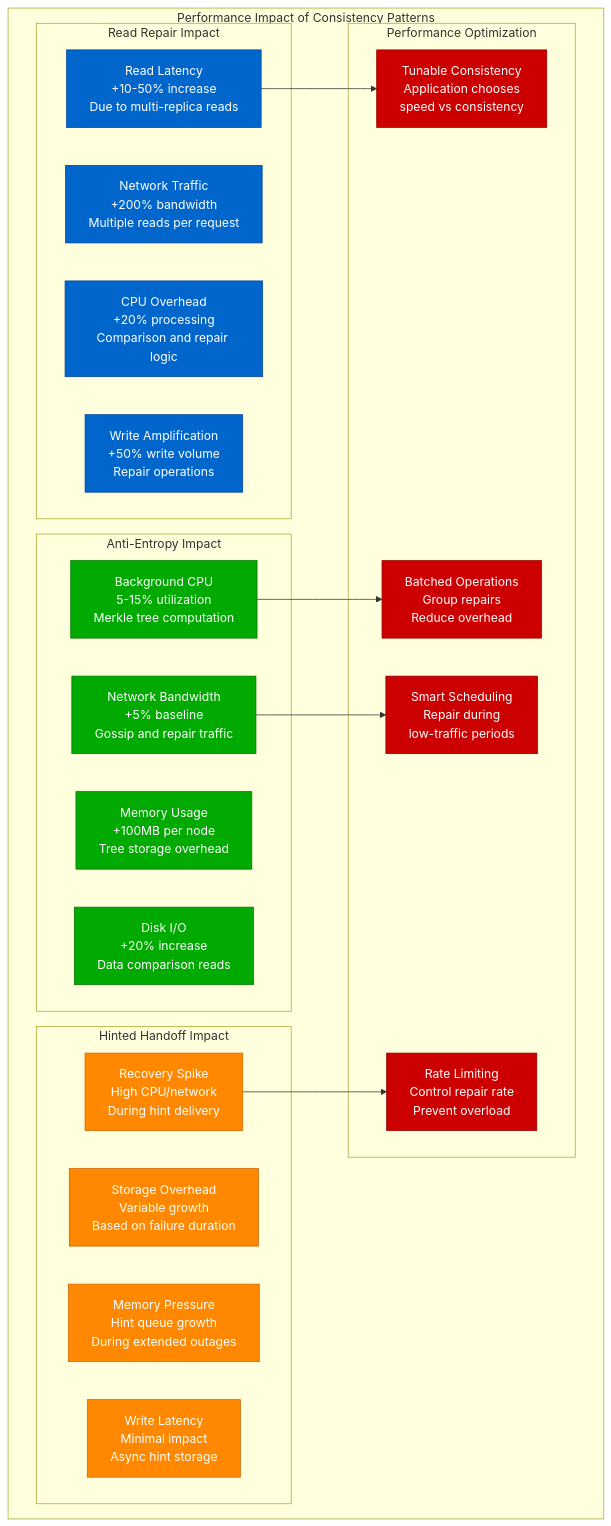
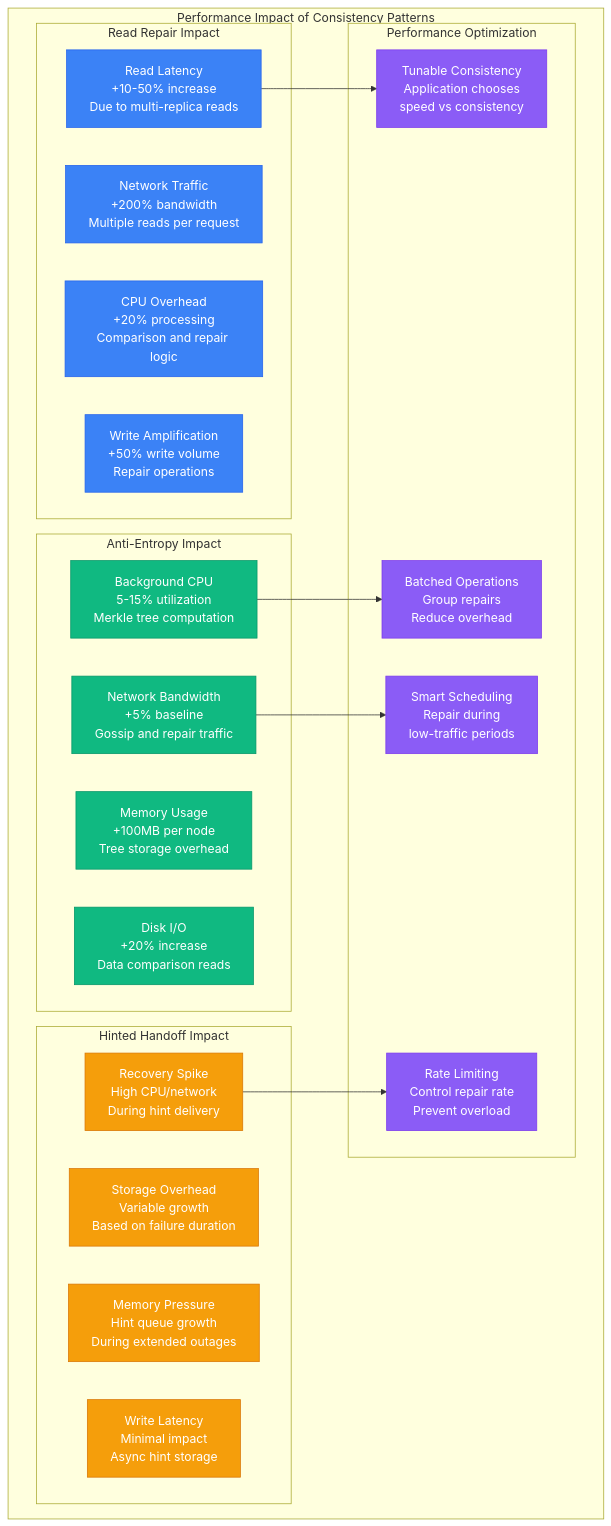
Before and after one commit to deepaucksharma/DS: the eighth of 9 diagrams in site/docs/guarantees/eventual-consistency/eventual-consistency-patterns.md, drawn with Mermaid. The commit also changed other lines of this file and 303 other files, not shown here.

````diff
--- a/site/docs/guarantees/eventual-consistency/eventual-consistency-patterns.md
+++ b/site/docs/guarantees/eventual-consistency/eventual-consistency-patterns.md
@@ -376,47 +376,47 @@
 ```mermaid
 graph TB
     subgraph PerformanceImpact[Performance Impact of Consistency Patterns]
         subgraph ReadRepairImpact[Read Repair Impact]
             RRI1[Read Latency<br/>+10-50% increase<br/>Due to multi-replica reads]
             RRI2[Network Traffic<br/>+200% bandwidth<br/>Multiple reads per request]
             RRI3[CPU Overhead<br/>+20% processing<br/>Comparison and repair logic]
             RRI4[Write Amplification<br/>+50% write volume<br/>Repair operations]
         end
 
         subgraph AntiEntropyImpact[Anti-Entropy Impact]
             AEI1[Background CPU<br/>5-15% utilization<br/>Merkle tree computation]
             AEI2[Memory Usage<br/>+100MB per node<br/>Tree storage overhead]
             AEI3[Disk I/O<br/>+20% increase<br/>Data comparison reads]
             AEI4[Network Bandwidth<br/>+5% baseline<br/>Gossip and repair traffic]
         end
 
         subgraph HintedHandoffImpact[Hinted Handoff Impact]
             HHI1[Storage Overhead<br/>Variable growth<br/>Based on failure duration]
             HHI2[Recovery Spike<br/>High CPU/network<br/>During hint delivery]
             HHI3[Memory Pressure<br/>Hint queue growth<br/>During extended outages]
             HHI4[Write Latency<br/>Minimal impact<br/>Async hint storage]
         end
 
         subgraph Optimization[Performance Optimization]
             O1[Tunable Consistency<br/>Application chooses<br/>speed vs consistency]
             O2[Batched Operations<br/>Group repairs<br/>Reduce overhead]
             O3[Rate Limiting<br/>Control repair rate<br/>Prevent overload]
             O4[Smart Scheduling<br/>Repair during<br/>low-traffic periods]
         end
     end
 
     RRI1 --> O1
     AEI1 --> O2
     HHI2 --> O3
     AEI4 --> O4
 
-    classDef readRepairStyle fill:#0066CC,stroke:#004499,color:#fff
-    classDef antiEntropyStyle fill:#00AA00,stroke:#007700,color:#fff
-    classDef hintedHandoffStyle fill:#FF8800,stroke:#CC6600,color:#fff
-    classDef optimizationStyle fill:#CC0000,stroke:#990000,color:#fff
+    classDef readRepairStyle fill:#3B82F6,stroke:#2563EB,color:#fff
+    classDef antiEntropyStyle fill:#10B981,stroke:#059669,color:#fff
+    classDef hintedHandoffStyle fill:#F59E0B,stroke:#D97706,color:#fff
+    classDef optimizationStyle fill:#8B5CF6,stroke:#7C3AED,color:#fff
 
     class RRI1,RRI2,RRI3,RRI4 readRepairStyle
     class AEI1,AEI2,AEI3,AEI4 antiEntropyStyle
     class HHI1,HHI2,HHI3,HHI4 hintedHandoffStyle
     class O1,O2,O3,O4 optimizationStyle
 ```
````
